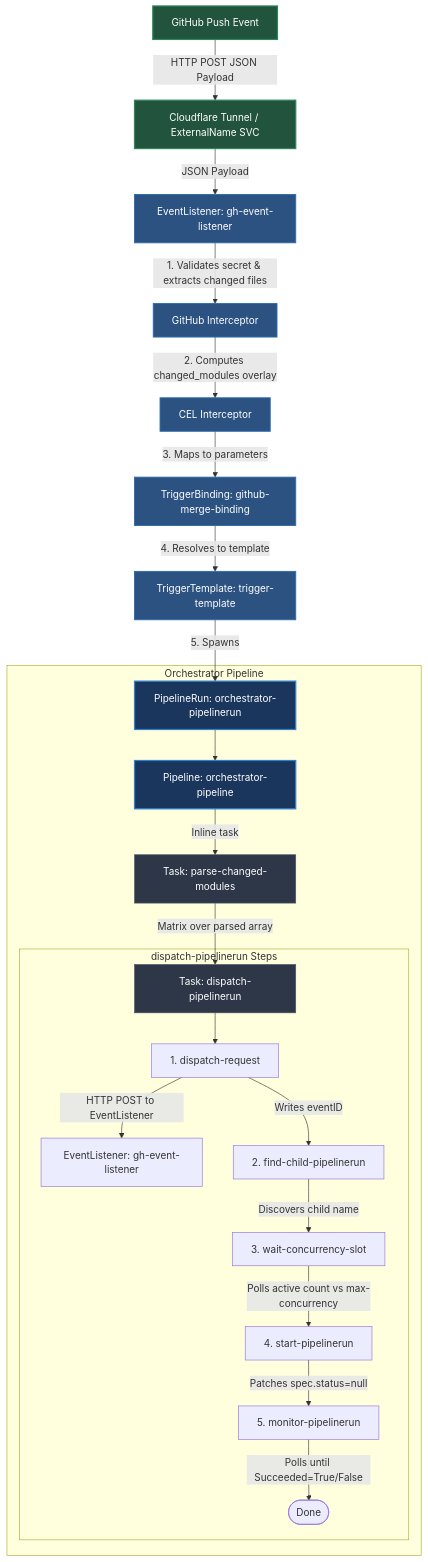
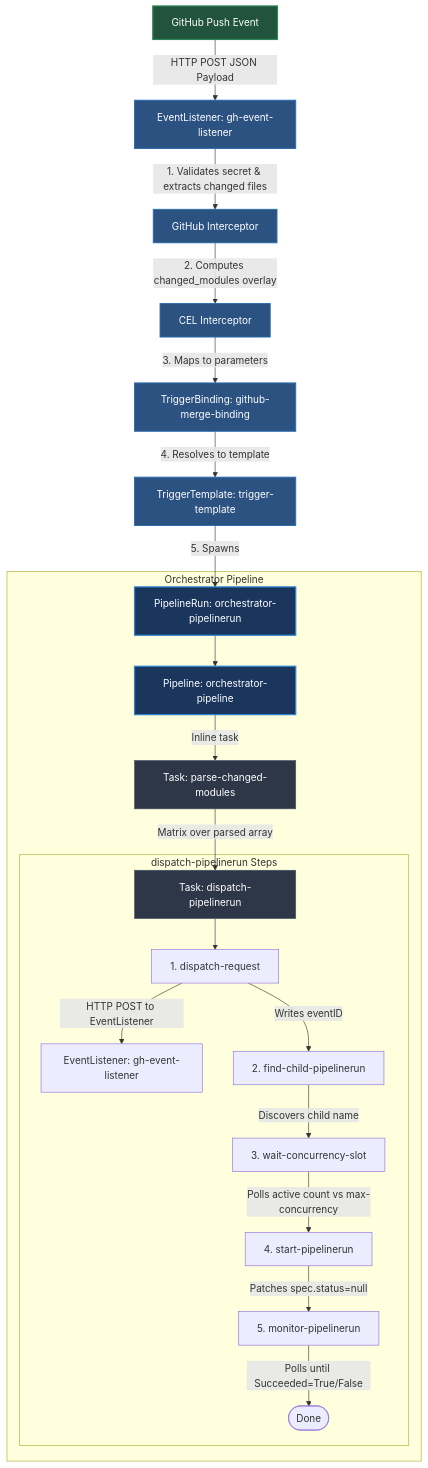
One commit to khanhcmlab/saritasa-devops-build-samples changed the first of 2 diagrams in tekton-platform/README.md. Above: the diagram before and after it, drawn with Mermaid.

Commit message:
feat: update README workflow

````diff
--- a/tekton-platform/README.md
+++ b/tekton-platform/README.md
@@ -32,41 +32,40 @@
 ```mermaid
 flowchart TD
     %% Input / Events
-    GitHub[GitHub Push Event] -->|HTTP POST JSON Payload| Webhook[Cloudflare Tunnel / ExternalName SVC]
-    Webhook -->|JSON Payload| EL[EventListener: gh-event-listener]
+    GitHub[GitHub Push Event] -->|HTTP POST JSON Payload|EL[EventListener: gh-event-listener]
 
     %% Webhook Triggers Processing
     EL -->|1. Validates secret & extracts changed files| GH_Int[GitHub Interceptor]
     GH_Int -->|2. Computes changed_modules overlay| CEL_Int[CEL Interceptor]
     CEL_Int -->|3. Maps to parameters| Bind1[TriggerBinding: github-merge-binding]
     Bind1 -->|4. Resolves to template| Temp1[TriggerTemplate: trigger-template]
     Temp1 -->|5. Spawns| PR1[PipelineRun: orchestrator-pipelinerun]
 
     %% Orchestrator Pipeline
     subgraph Orchestrator Pipeline
         PR1 --> Pipe1[Pipeline: orchestrator-pipeline]
         Pipe1 -->|Inline task| ParseModules[Task: parse-changed-modules]
         ParseModules -->|Matrix over parsed array| Task_Dispatch[Task: dispatch-pipelinerun]
 
         subgraph dispatch-pipelinerun Steps
             Task_Dispatch --> DispReq[1. dispatch-request]
             DispReq -->|HTTP POST to EventListener| EL_Child[EventListener: gh-event-listener]
             DispReq -->|Writes eventID| FindChild[2. find-child-pipelinerun]
             FindChild -->|Discovers child name| WaitSlot[3. wait-concurrency-slot]
             WaitSlot -->|Polls active count vs max-concurrency| StartChild[4. start-pipelinerun]
             StartChild -->|Patches spec.status=null| MonitorChild[5. monitor-pipelinerun]
             MonitorChild -->|Polls until Succeeded=True/False| End([Done])
         end
     end
 
     %% Styling
     classDef pipeline fill:#1A365D,stroke:#3182CE,stroke-width:2px,color:#fff
     classDef task fill:#2D3748,stroke:#4A5568,stroke-width:1px,color:#fff
     classDef trigger fill:#2C5282,stroke:#2B6CB0,stroke-width:1.5px,color:#fff
     classDef input fill:#22543D,stroke:#2F855A,stroke-width:2px,color:#fff
 
     class PR1,Pipe1 pipeline
     class Task_Dispatch,ParseModules task
     class EL,GH_Int,CEL_Int,Bind1,Temp1 trigger
     class GitHub,Webhook input
 ```
````
